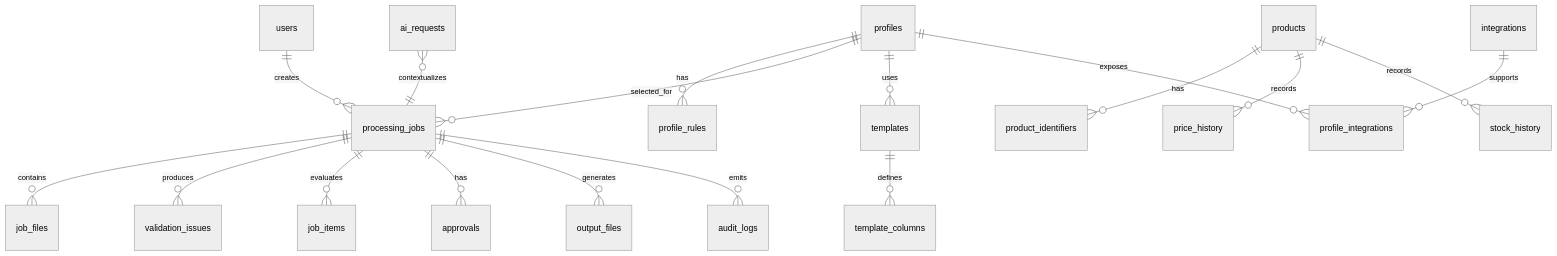
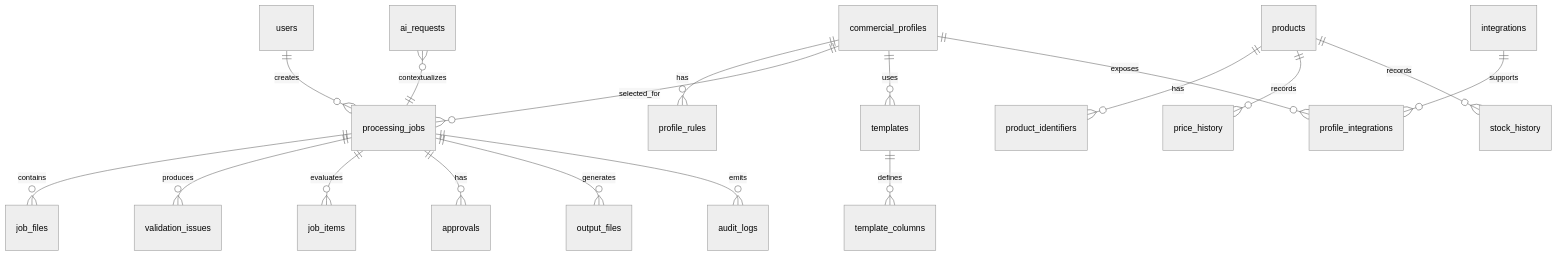
One commit to joaquimmulaza/auto-excel changed the diagram in cotarco-commercial-manager/docs/data-architecture.md. Above: the diagram before and after it, drawn with Mermaid (neutral theme). The commit also changed other lines of this file and 648 other files, not shown here.

````diff
--- a/cotarco-commercial-manager/docs/data-architecture.md
+++ b/cotarco-commercial-manager/docs/data-architecture.md
@@ -16,20 +16,20 @@
 ```mermaid
 erDiagram
-    profiles ||--o{ profile_rules : has
-    profiles ||--o{ processing_jobs : selected_for
+    commercial_profiles ||--o{ profile_rules : has
+    commercial_profiles ||--o{ processing_jobs : selected_for
     users ||--o{ processing_jobs : creates
     processing_jobs ||--o{ job_files : contains
     processing_jobs ||--o{ validation_issues : produces
     processing_jobs ||--o{ job_items : evaluates
     processing_jobs ||--o{ approvals : has
     processing_jobs ||--o{ output_files : generates
     processing_jobs ||--o{ audit_logs : emits
     products ||--o{ product_identifiers : has
     products ||--o{ price_history : records
     products ||--o{ stock_history : records
-    profiles ||--o{ templates : uses
+    commercial_profiles ||--o{ templates : uses
     templates ||--o{ template_columns : defines
     integrations ||--o{ profile_integrations : supports
-    profiles ||--o{ profile_integrations : exposes
+    commercial_profiles ||--o{ profile_integrations : exposes
     ai_requests }o--|| processing_jobs : contextualizes
 ```
````
